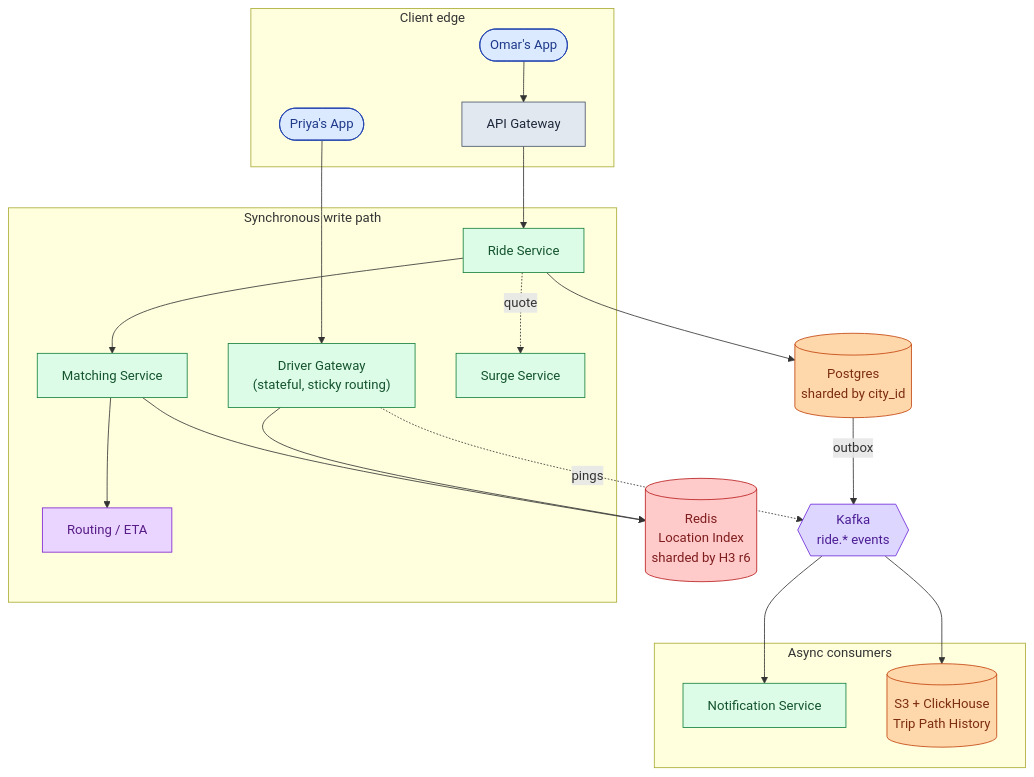
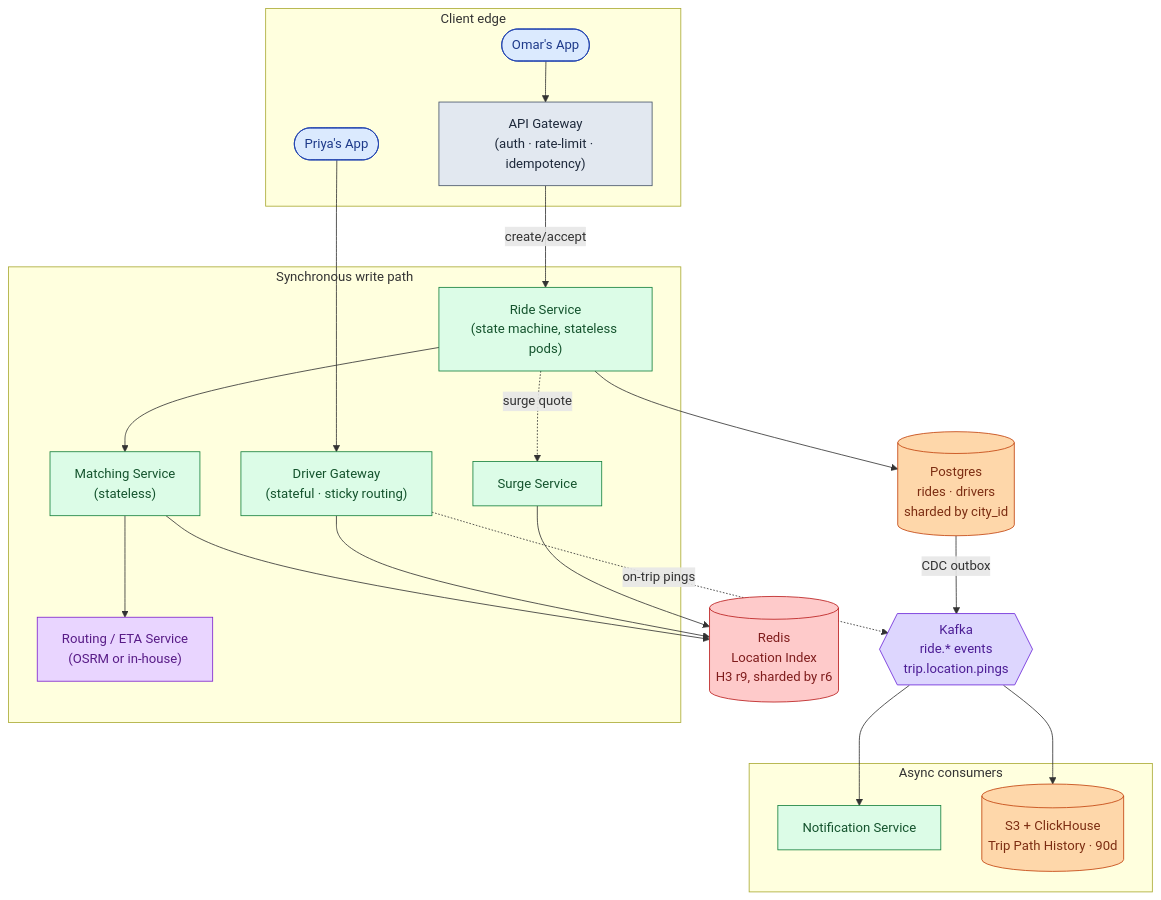
The fifth of 8 diagrams in problems/007-ride-sharing/question.md (shiningflash/system-design), drawn with Mermaid before and after one commit. The commit also changed other lines of this file and 37 other files, not shown here.

````diff
--- a/problems/007-ride-sharing/question.md
+++ b/problems/007-ride-sharing/question.md
@@ -306,48 +315,49 @@
 ```mermaid
 flowchart TB
     subgraph Edge["Client edge"]
         O([Omar's App]):::user
         P([Priya's App]):::user
-        GW2["API Gateway"]:::edge
+        GW2["API Gateway<br/>(auth · rate-limit · idempotency)"]:::edge
     end
 
     subgraph WritePath["Synchronous write path"]
-        RS["Ride Service"]:::app
-        MS["Matching Service"]:::app
-        DGW["Driver Gateway<br/>(stateful, sticky routing)"]:::app
-        Route["Routing / ETA"]:::ext
+        RS["Ride Service<br/>(state machine, stateless pods)"]:::app
+        MS["Matching Service<br/>(stateless)"]:::app
+        DGW["Driver Gateway<br/>(stateful · sticky routing)"]:::app
+        Route["Routing / ETA Service<br/>(OSRM or in-house)"]:::ext
         Surge["Surge Service"]:::app
     end
 
-    LI[("Redis<br/>Location Index<br/>sharded by H3 r6")]:::cache
-    DB[("Postgres<br/>sharded by city_id")]:::db
+    LI[("Redis<br/>Location Index<br/>H3 r9, sharded by r6")]:::cache
+    DB[("Postgres<br/>rides · drivers<br/>sharded by city_id")]:::db
 
-    K{{"Kafka<br/>ride.* events"}}:::queue
+    K{{"Kafka<br/>ride.* events<br/>trip.location.pings"}}:::queue
 
     subgraph Consumers["Async consumers"]
         Notif["Notification Service"]:::app
-        TH[("S3 + ClickHouse<br/>Trip Path History")]:::db
+        TH[("S3 + ClickHouse<br/>Trip Path History · 90d")]:::db
     end
 
     O --> GW2
     P --> DGW
-    GW2 --> RS
+    GW2 -->|create/accept| RS
     RS --> DB
     RS --> MS
-    RS -.quote.-> Surge
+    RS -.surge quote.-> Surge
     MS --> LI
     MS --> Route
     DGW --> LI
-    DGW -.pings.-> K
-    DB -->|outbox| K
+    DGW -.on-trip pings.-> K
+    DB -->|CDC outbox| K
     K --> Notif
     K --> TH
+    Surge --> LI
 
     classDef user fill:#dbeafe,stroke:#1e40af,color:#1e3a8a
     classDef edge fill:#e2e8f0,stroke:#475569,color:#1e293b
     classDef app fill:#dcfce7,stroke:#15803d,color:#14532d
     classDef db fill:#fed7aa,stroke:#c2410c,color:#7c2d12
     classDef cache fill:#fecaca,stroke:#b91c1c,color:#7f1d1d
     classDef queue fill:#ddd6fe,stroke:#6d28d9,color:#4c1d95
     classDef ext fill:#e9d5ff,stroke:#7e22ce,color:#581c87
 ```
````
